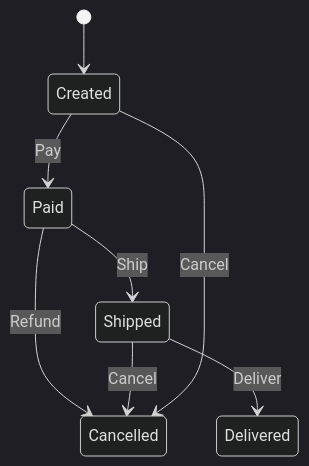
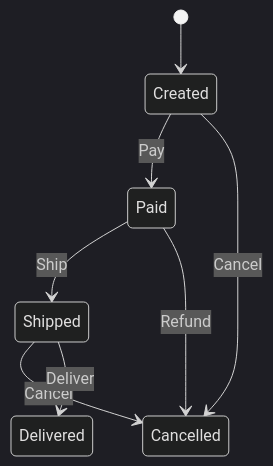
Before and after one commit to kookyleo/yasm: the diagram in docs/order_state_machine.mermaid, drawn with Mermaid (dark theme). The commit also changed other lines of this file and 13 other files, not shown here.

```diff
--- a/docs/order_state_machine.mermaid
+++ b/docs/order_state_machine.mermaid
@@ -1,8 +1,8 @@
 stateDiagram-v2
     [*] --> Created
+    Created --> Paid : Pay
+    Shipped --> Cancelled : Cancel
+    Shipped --> Delivered : Deliver
+    Paid --> Shipped : Ship
+    Created --> Cancelled : Cancel
     Paid --> Cancelled : Refund
-    Shipped --> Delivered : Deliver
-    Shipped --> Cancelled : Cancel
-    Created --> Cancelled : Cancel
-    Created --> Paid : Pay
-    Paid --> Shipped : Ship
```
